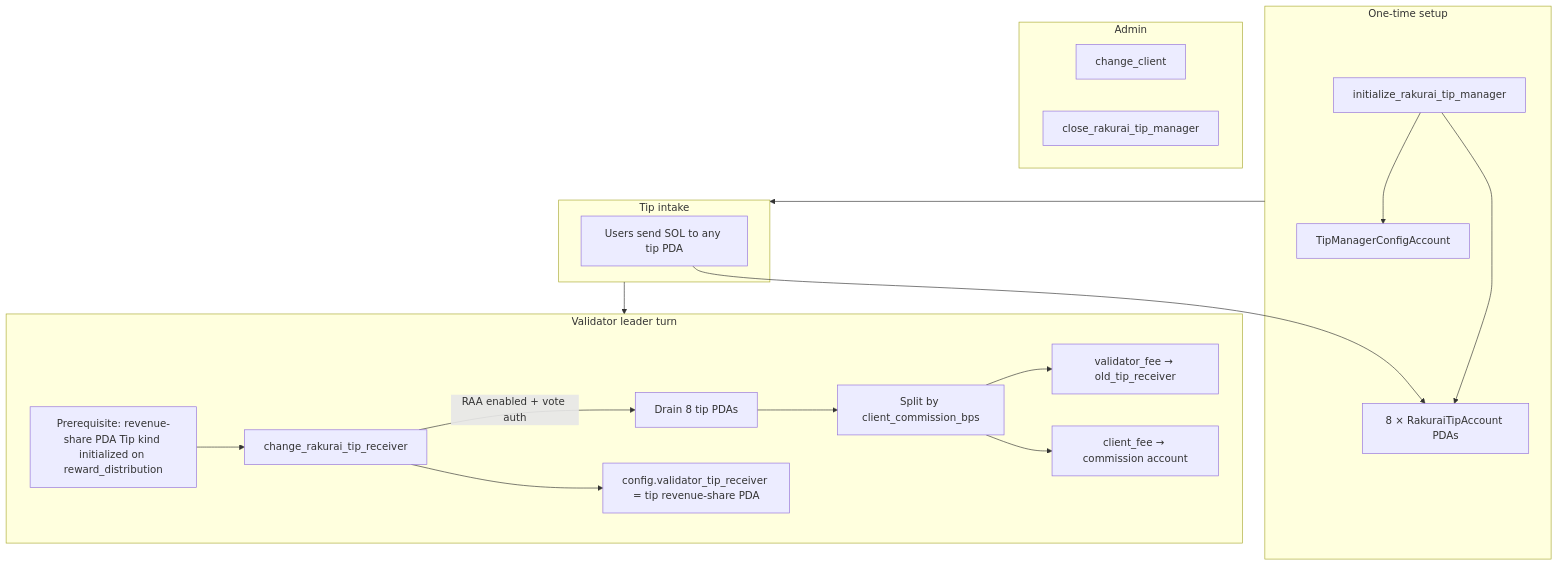
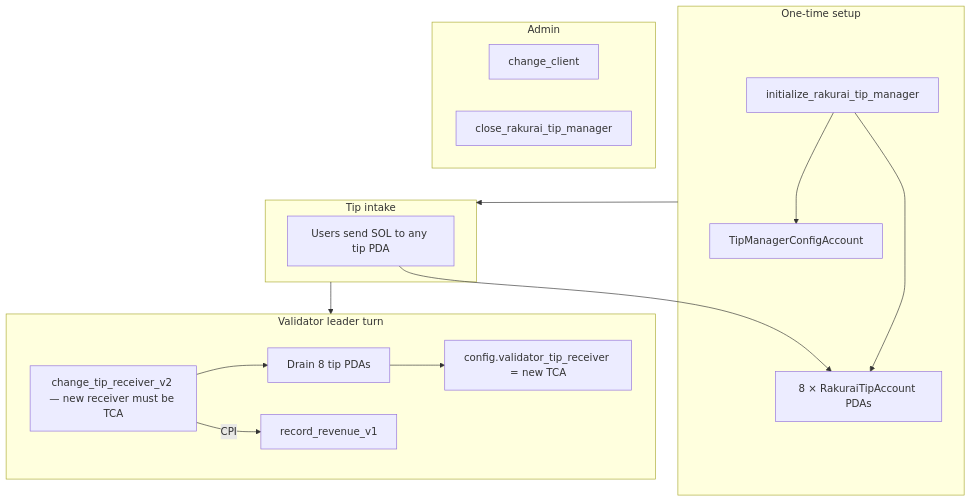
The third of 5 diagrams in diagram/program-flow-diagrams.md (rakurai-io/rakurai_programs), drawn with Mermaid before and after one commit. The commit also changed other lines of this file and 54 other files, not shown here.

First line of the commit message:
enhancement/tip_mevshare_distribution (#22)

````diff
--- a/diagram/program-flow-diagrams.md
+++ b/diagram/program-flow-diagrams.md
@@ -109,32 +122,28 @@
 ```mermaid
 flowchart TD
     subgraph setup [One-time setup]
         T0[initialize_rakurai_tip_manager]
         T0 --> CFG[TipManagerConfigAccount]
         T0 --> TIPS[8 × RakuraiTipAccount PDAs]
     end
 
     subgraph users [Tip intake]
         U1[Users send SOL to any tip PDA]
         U1 --> TIPS
     end
 
     subgraph drain [Validator leader turn]
-        PRE[Prerequisite: revenue-share PDA Tip kind initialized on reward_distribution]
-        V1[change_rakurai_tip_receiver]
-        V1 -->|RAA enabled + vote auth| DRAIN[Drain 8 tip PDAs]
-        DRAIN --> SPLIT[Split by client_commission_bps]
-        SPLIT --> OLD[validator_fee → old_tip_receiver]
-        SPLIT --> BB[client_fee → commission account]
-        V1 --> CFG2[config.validator_tip_receiver = tip revenue-share PDA]
+        PREV[change_tip_receiver_v2 — new receiver must be TCA]
+        PREV --> DRAIN[Drain 8 tip PDAs]
+        DRAIN --> CFG2[config.validator_tip_receiver = new TCA]
+        PREV -->|CPI| RECV[record_revenue_v1]
     end
 
     subgraph admin [Admin]
         A1[change_client]
         A2[close_rakurai_tip_manager]
     end
 
     setup --> users
     users --> drain
-    PRE --> V1
 ```
````
